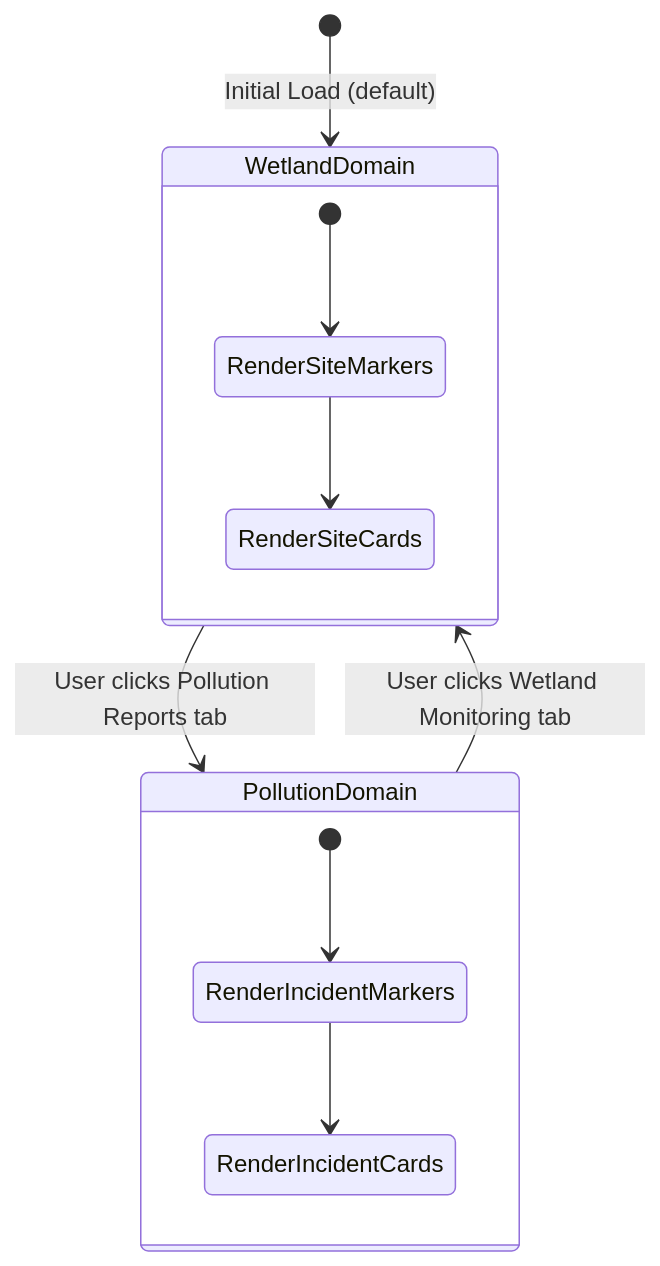
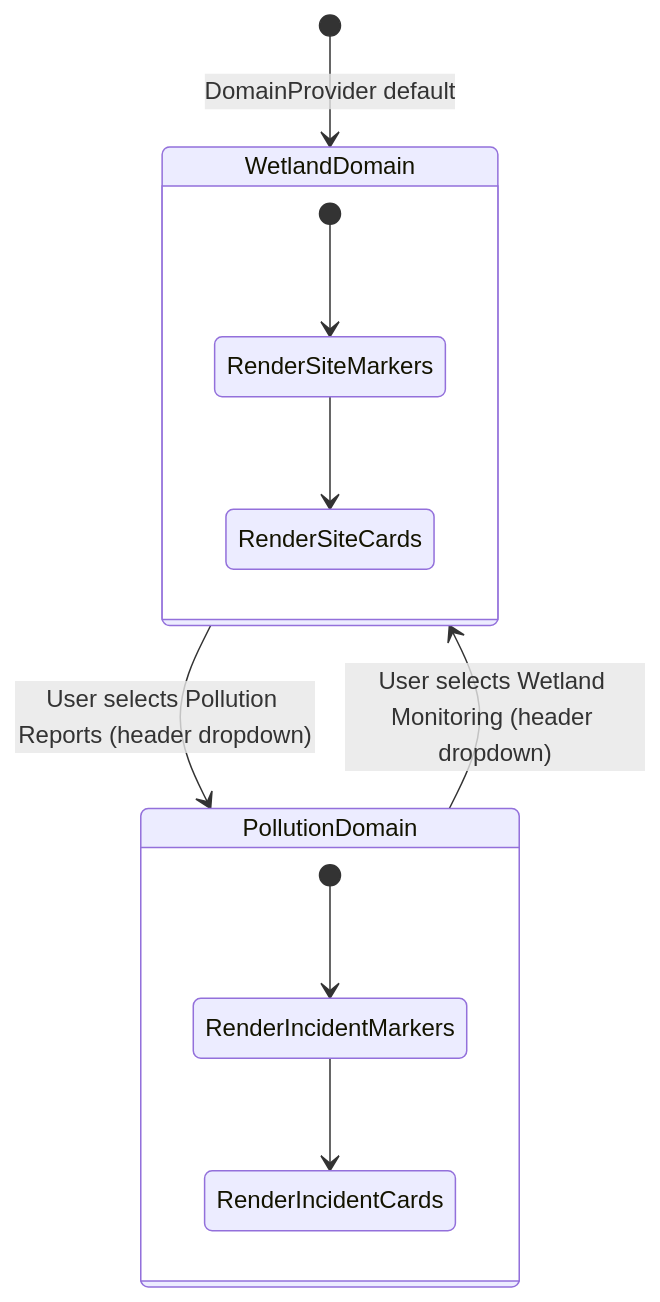
The first of 3 diagrams in docs/prd/domain_selector_dashboard_prd.md (akvo/nbd-phase-1), drawn with Mermaid before and after one commit. The commit also changed other lines of this file and 1 other file, not shown here.

Commit message:
[#100] Update plan to include moving Domain selector to header & show pollution report as cloropleth

````diff
--- a/docs/prd/domain_selector_dashboard_prd.md
+++ b/docs/prd/domain_selector_dashboard_prd.md
@@ -123,16 +196,16 @@
 ```mermaid
 stateDiagram-v2
-    [*] --> WetlandDomain: Initial Load (default)
-    WetlandDomain --> PollutionDomain: User clicks Pollution Reports tab
-    PollutionDomain --> WetlandDomain: User clicks Wetland Monitoring tab
+    [*] --> WetlandDomain: DomainProvider default
+    WetlandDomain --> PollutionDomain: User selects Pollution Reports (header dropdown)
+    PollutionDomain --> WetlandDomain: User selects Wetland Monitoring (header dropdown)
 
     state WetlandDomain {
         [*] --> RenderSiteMarkers
         RenderSiteMarkers --> RenderSiteCards
     }
 
     state PollutionDomain {
         [*] --> RenderIncidentMarkers
         RenderIncidentMarkers --> RenderIncidentCards
     }
 ```
````
